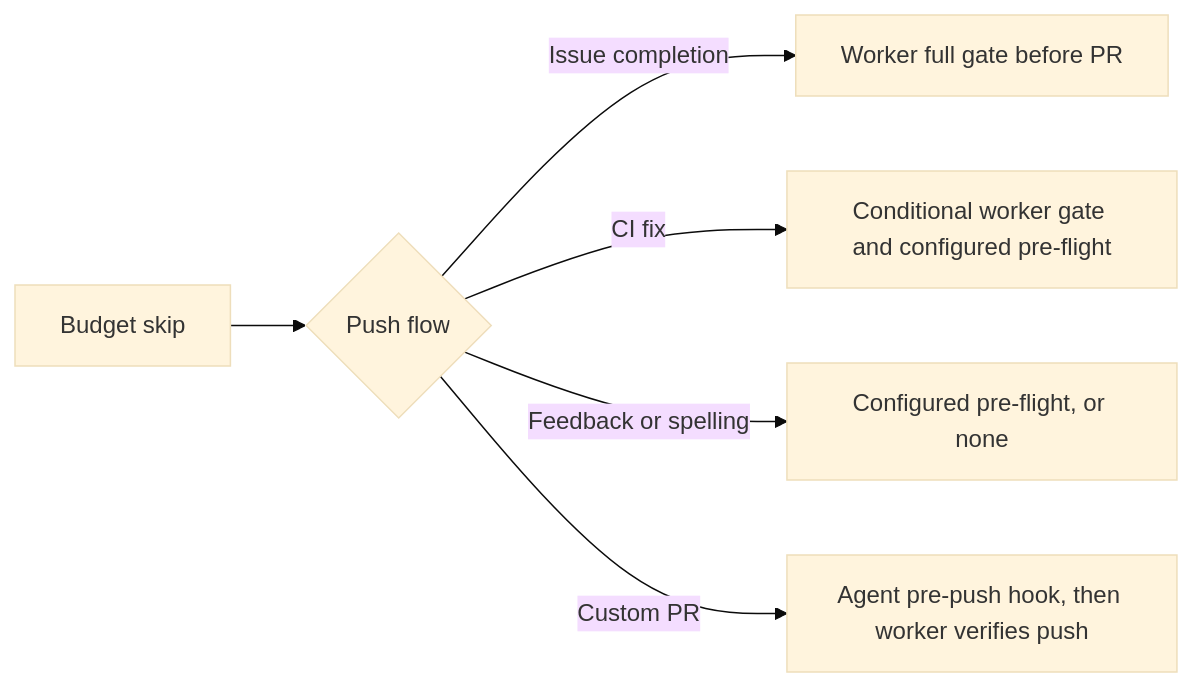
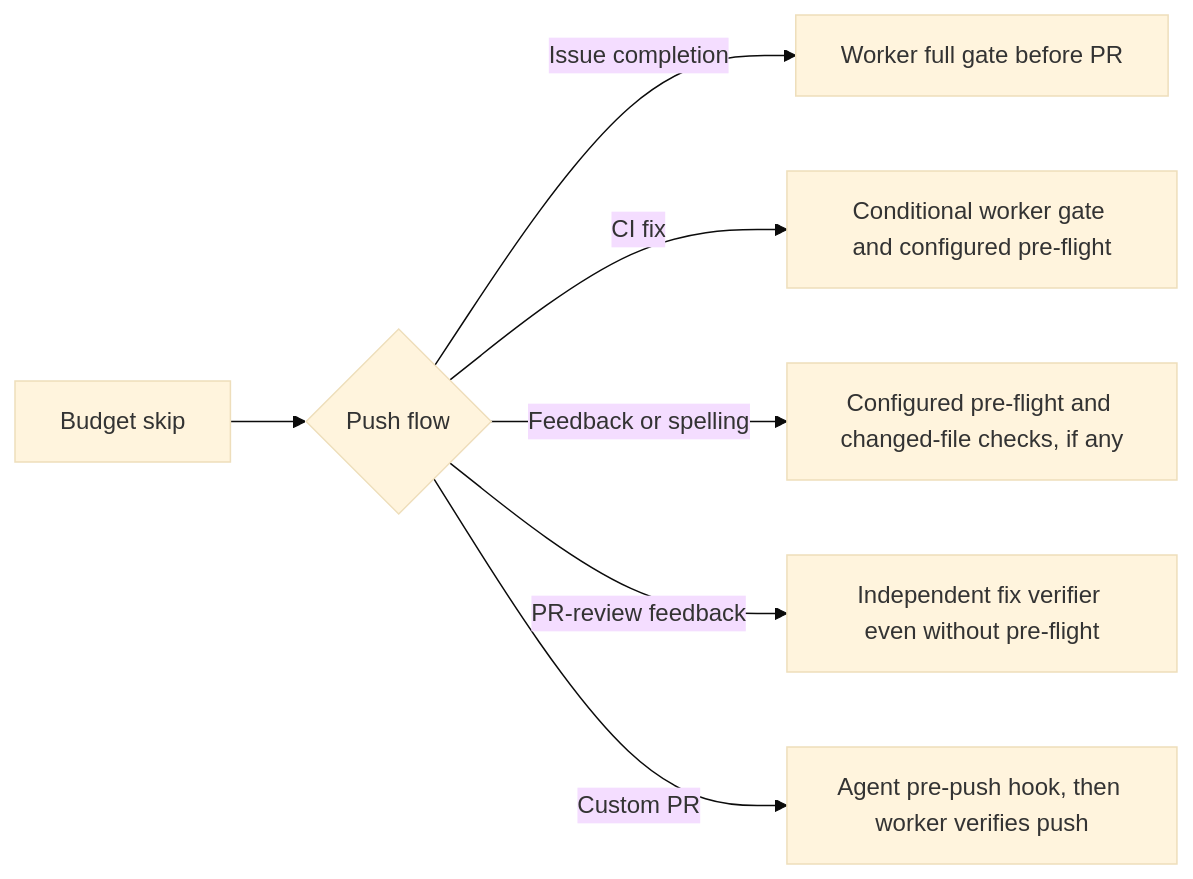
The diagram in docs/archive/pr-summaries/pr-summary-4876.md (stSoftwareAU/VibeCoder), drawn with Mermaid (base theme) before and after one commit. The commit also changed other lines of this file and 13 other files, not shown here.

````diff
--- a/docs/archive/pr-summaries/pr-summary-4876.md
+++ b/docs/archive/pr-summaries/pr-summary-4876.md
@@ -37,8 +57,9 @@
 ```mermaid
 flowchart LR
     A[Budget skip] --> B{Push flow}
     B -->|Issue completion| C[Worker full gate before PR]
     B -->|CI fix| D[Conditional worker gate and configured pre-flight]
-    B -->|Feedback or spelling| E[Configured pre-flight, or none]
-    B -->|Custom PR| F[Agent pre-push hook, then worker verifies push]
+    B -->|Feedback or spelling| E[Configured pre-flight and changed-file checks, if any]
+    B -->|PR-review feedback| F[Independent fix verifier even without pre-flight]
+    B -->|Custom PR| G[Agent pre-push hook, then worker verifies push]
 ```
````
